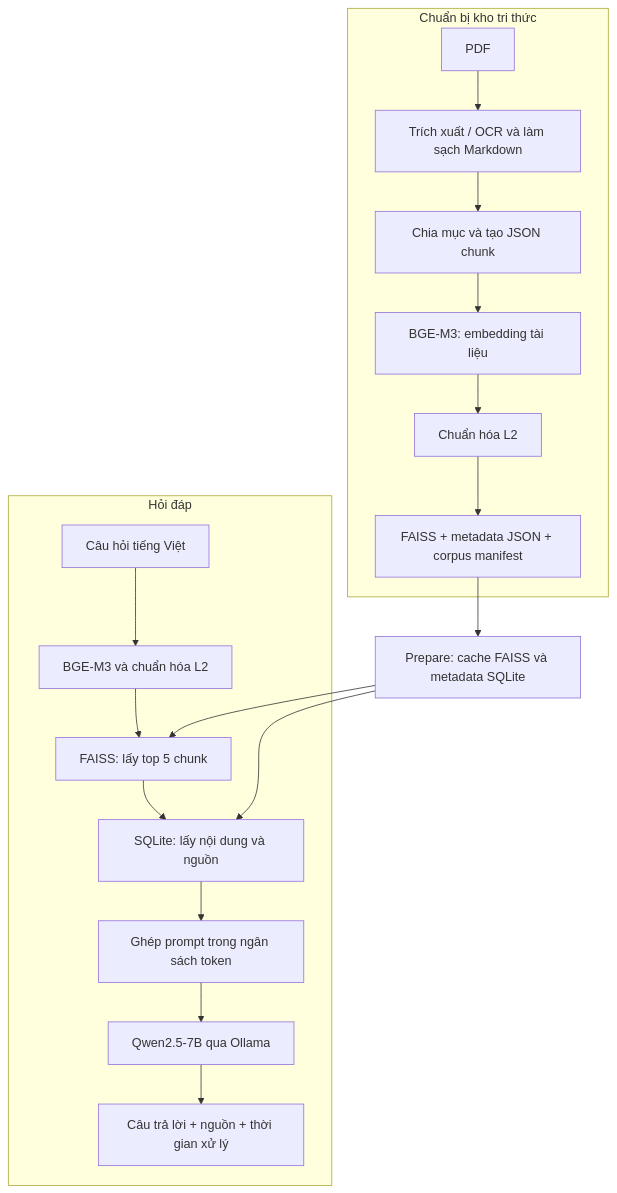
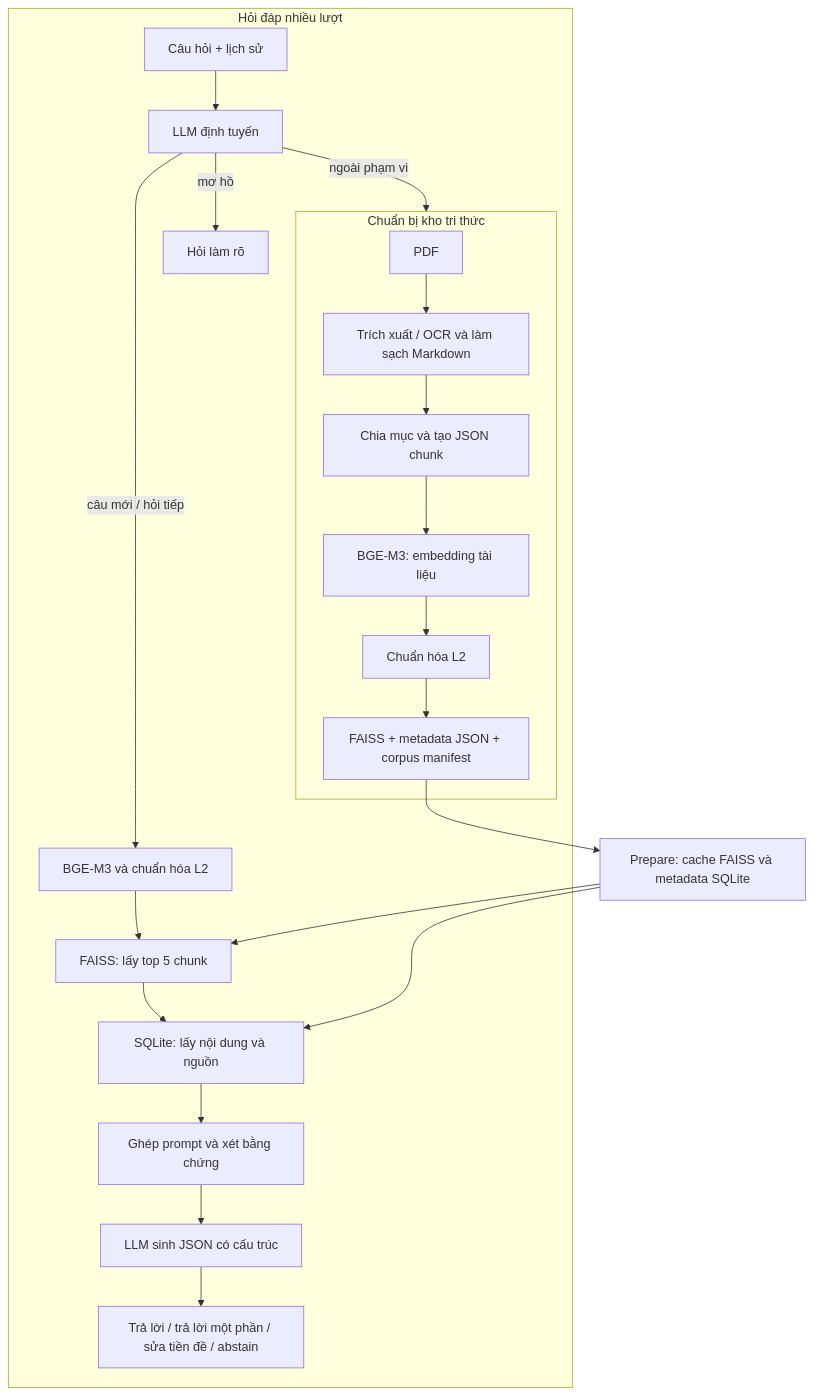
The diagram in docs/trien-khai-rag-co-ban.md (qtamtensor05/ViGovBot), drawn with Mermaid before and after one commit. The commit also changed other lines of this file and 4 other files, not shown here.

````diff
--- a/docs/trien-khai-rag-co-ban.md
+++ b/docs/trien-khai-rag-co-ban.md
@@ -29,21 +37,24 @@
 ```mermaid
 flowchart TD
     subgraph A[Chuẩn bị kho tri thức]
         P[PDF] --> X[Trích xuất / OCR và làm sạch Markdown]
         X --> C[Chia mục và tạo JSON chunk]
         C --> E[BGE-M3: embedding tài liệu]
         E --> N[Chuẩn hóa L2]
         N --> F[FAISS + metadata JSON + corpus manifest]
     end
     F --> S[Prepare: cache FAISS và metadata SQLite]
-    subgraph B[Hỏi đáp]
-        Q[Câu hỏi tiếng Việt] --> QE[BGE-M3 và chuẩn hóa L2]
+    subgraph B[Hỏi đáp nhiều lượt]
+        Q[Câu hỏi + lịch sử] --> G[LLM định tuyến]
+        G -->|ngoài phạm vi| A[Abstain]
+        G -->|mơ hồ| H[Hỏi làm rõ]
+        G -->|câu mới / hỏi tiếp| QE[BGE-M3 và chuẩn hóa L2]
         QE --> R[FAISS: lấy top 5 chunk]
         R --> D[SQLite: lấy nội dung và nguồn]
-        D --> T[Ghép prompt trong ngân sách token]
-        T --> L[Qwen2.5-7B qua Ollama]
-        L --> O[Câu trả lời + nguồn + thời gian xử lý]
+        D --> T[Ghép prompt và xét bằng chứng]
+        T --> L[LLM sinh JSON có cấu trúc]
+        L --> O[Trả lời / trả lời một phần / sửa tiền đề / abstain]
     end
     S --> R
     S --> D
 ```
````
